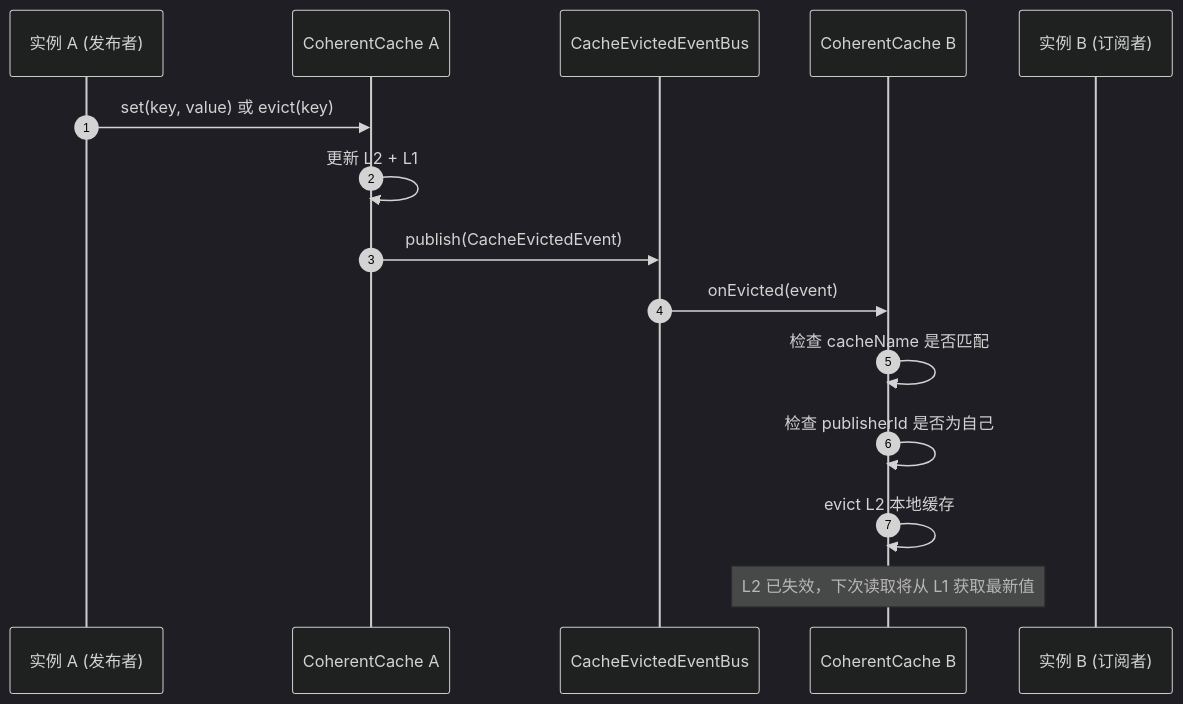
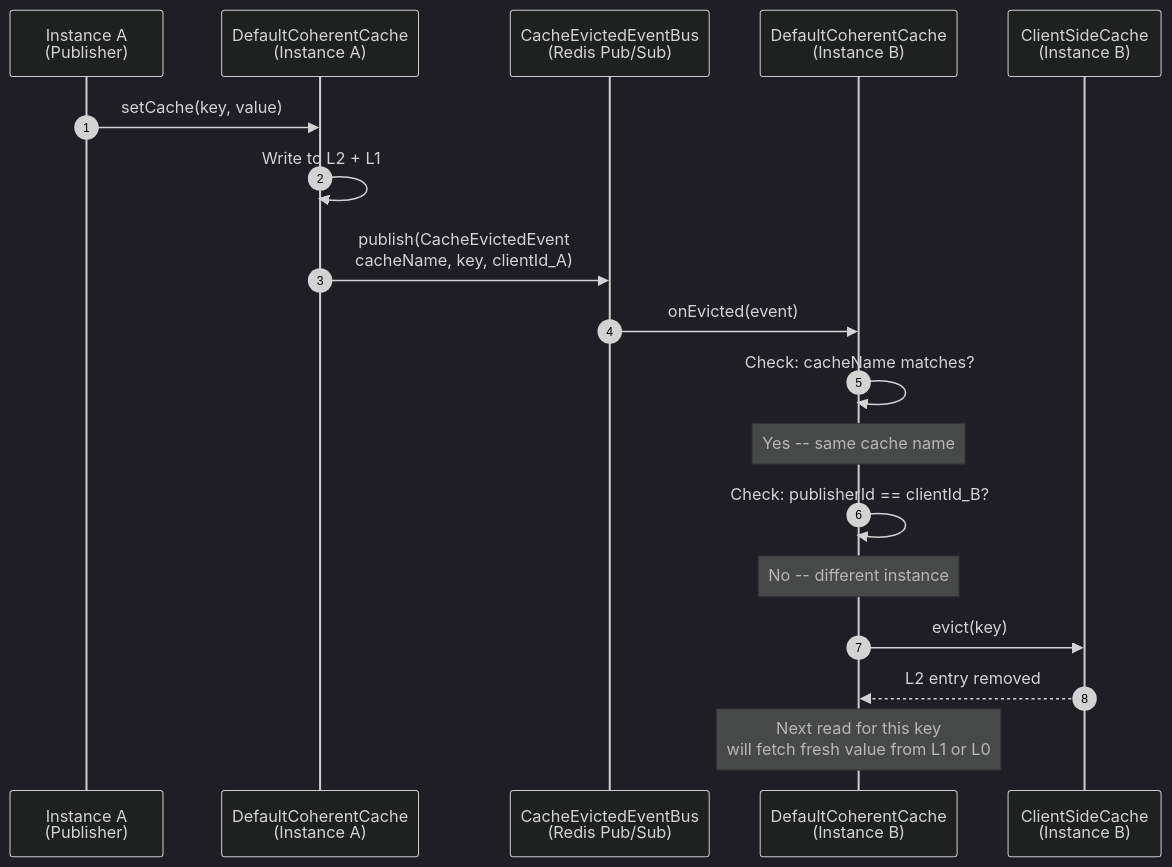
The third of 4 diagrams in wiki/zh/architecture/coherence.md (Ahoo-Wang/CoCache), drawn with Mermaid (dark theme) before and after one commit. The commit also changed other lines of this file and 25 other files, not shown here.

````diff
--- a/wiki/zh/architecture/coherence.md
+++ b/wiki/zh/architecture/coherence.md
@@ -53,20 +169,23 @@
 ```mermaid
 sequenceDiagram
 autonumber
-    participant AppA as 实例 A (发布者)
-    participant CC_A as CoherentCache A
-    participant EB as CacheEvictedEventBus
-    participant CC_B as CoherentCache B
-    participant AppB as 实例 B (订阅者)
+    participant App as Instance A<br>(Publisher)
+    participant CC_A as DefaultCoherentCache<br>(Instance A)
+    participant EB as CacheEvictedEventBus<br>(Redis Pub/Sub)
+    participant CC_B as DefaultCoherentCache<br>(Instance B)
+    participant L2_B as ClientSideCache<br>(Instance B)
 
-    AppA->>CC_A: set(key, value) 或 evict(key)
-    CC_A->>CC_A: 更新 L2 + L1
-    CC_A->>EB: publish(CacheEvictedEvent)
+    App->>CC_A: setCache(key, value)
+    CC_A->>CC_A: Write to L2 + L1
+    CC_A->>EB: publish(CacheEvictedEvent<br>cacheName, key, clientId_A)
+
     EB->>CC_B: onEvicted(event)
-    CC_B->>CC_B: 检查 cacheName 是否匹配
-    CC_B->>CC_B: 检查 publisherId 是否为自己
-    CC_B->>CC_B: evict L2 本地缓存
+    CC_B->>CC_B: Check: cacheName matches?
+    Note over CC_B: Yes -- same cache name
+    CC_B->>CC_B: Check: publisherId == clientId_B?
+    Note over CC_B: No -- different instance
+    CC_B->>L2_B: evict(key)
+    L2_B-->>CC_B: L2 entry removed
 
-    Note over CC_B: L2 已失效，下次读取将从 L1 获取最新值
-
+    Note over CC_B: Next read for this key<br>will fetch fresh value from L1 or L0
 ```
````
